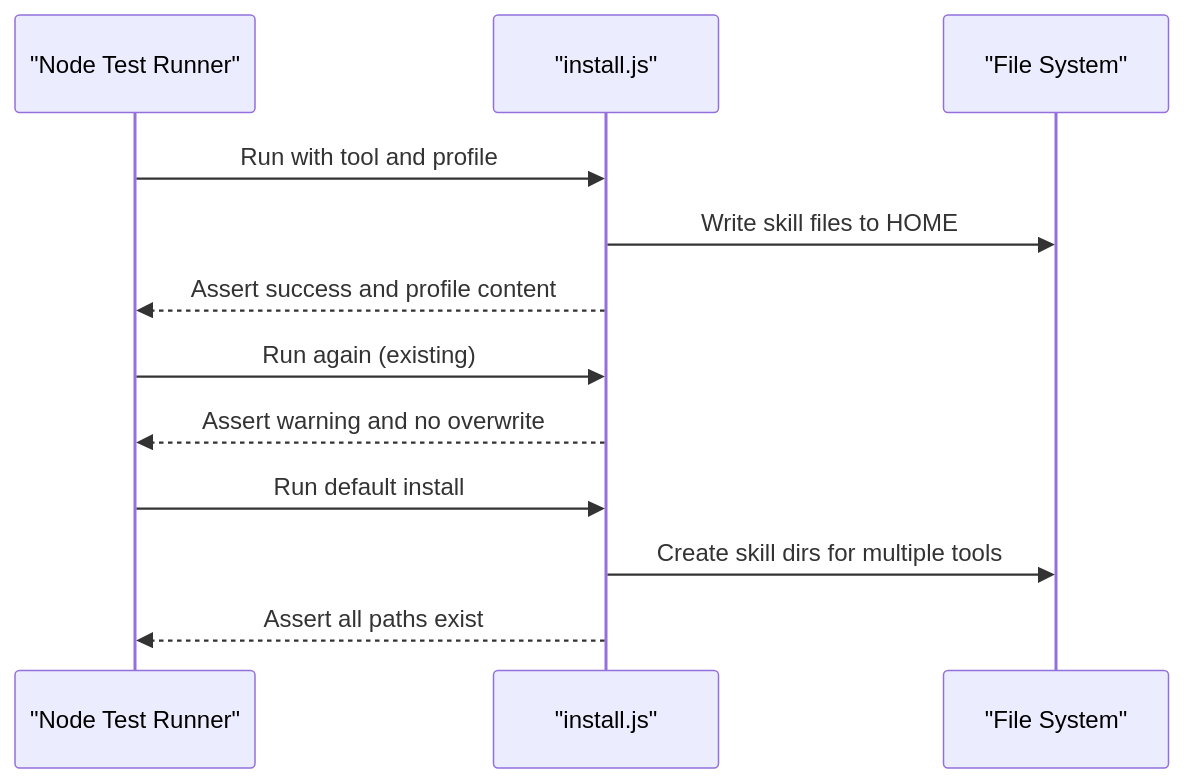
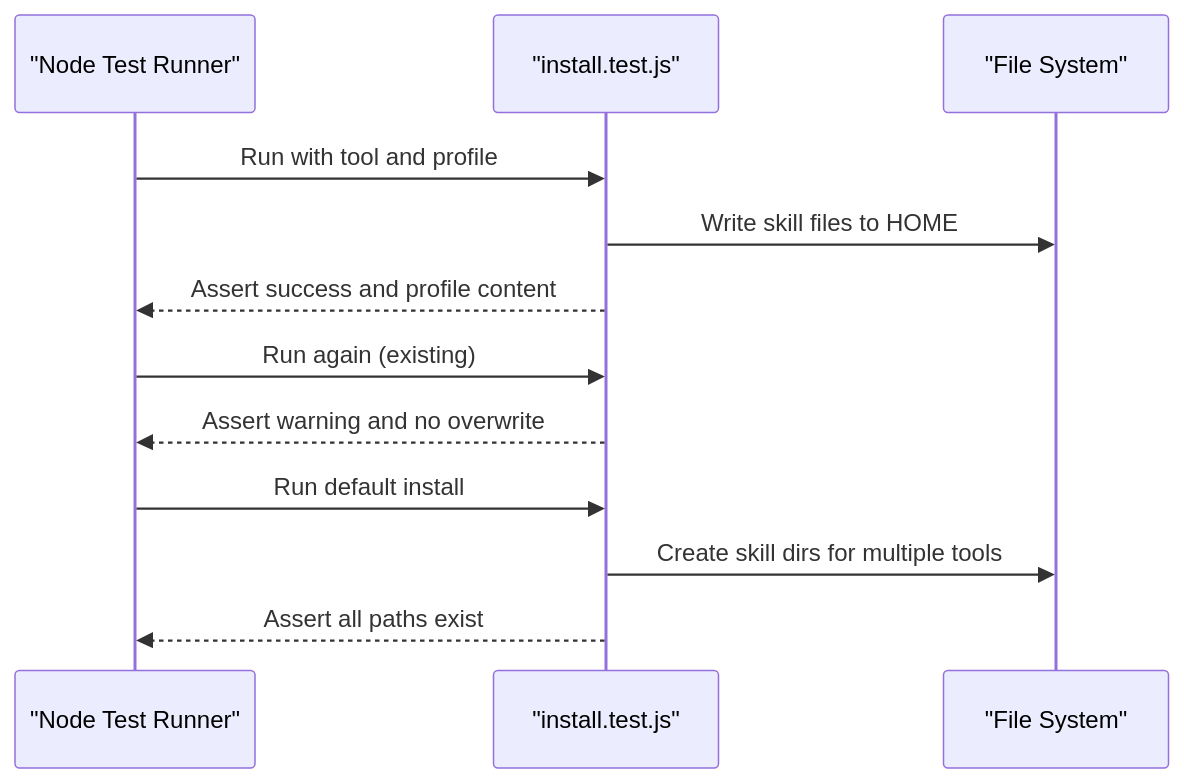
One commit to pingwurth/code-to-uml changed the eighth of 11 diagrams in .qoder/repowiki/en/content/Testing and Quality Assurance.md. Above: the diagram before and after it, drawn with Mermaid. The commit also changed other lines of this file and 21 other files, not shown here.

Commit message:
chore(docs): 删除 Code-To-UML 介绍文档

````diff
--- a/.qoder/repowiki/en/content/Testing and Quality Assurance.md
+++ b/.qoder/repowiki/en/content/Testing and Quality Assurance.md
@@ -312,14 +415,14 @@
 ```mermaid
 sequenceDiagram
 participant Test as "Node Test Runner"
-participant Install as "install.js"
+participant Install as "install.test.js"
 participant FS as "File System"
 Test->>Install : Run with tool and profile
 Install->>FS : Write skill files to HOME
 Install-->>Test : Assert success and profile content
 Test->>Install : Run again (existing)
 Install-->>Test : Assert warning and no overwrite
 Test->>Install : Run default install
 Install->>FS : Create skill dirs for multiple tools
 Install-->>Test : Assert all paths exist
 ```
````
